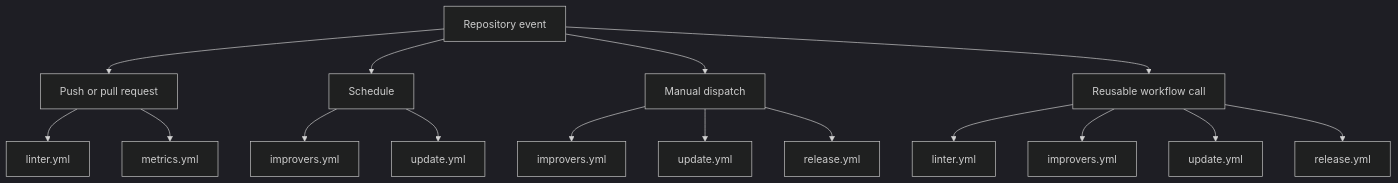
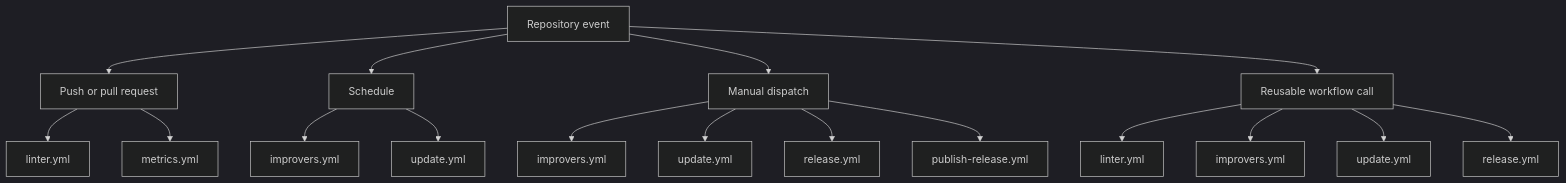
One commit to electrocucaracha/gh-workflows changed the diagram in .github/workflows/README.md. Above: the diagram before and after it, drawn with Mermaid (dark theme). The commit also changed other lines of this file and 23 other files, not shown here.

````diff
--- a/.github/workflows/README.md
+++ b/.github/workflows/README.md
@@ -21,19 +21,20 @@
 ```mermaid
 flowchart TD
     A[Repository event] --> B[Push or pull request]
     A --> C[Schedule]
     A --> D[Manual dispatch]
     A --> E[Reusable workflow call]
 
     B --> B1[linter.yml]
     B --> B2[metrics.yml]
     C --> C1[improvers.yml]
     C --> C2[update.yml]
     D --> D1[improvers.yml]
     D --> D2[update.yml]
     D --> D3[release.yml]
+    D --> D4[publish-release.yml]
     E --> E1[linter.yml]
     E --> E2[improvers.yml]
     E --> E3[update.yml]
     E --> E4[release.yml]
 ```
````
